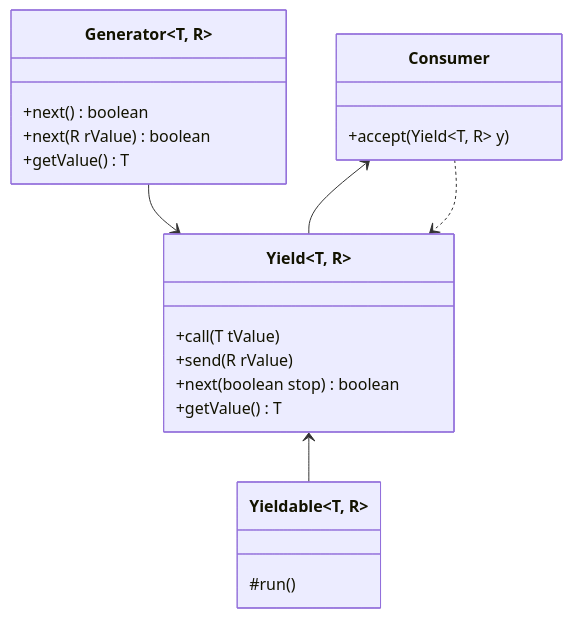
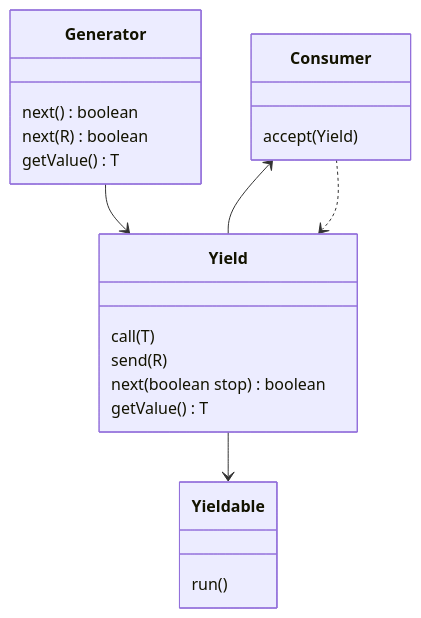
The first of 8 diagrams in README.md (uia4j/uia-sim), drawn with Mermaid before and after one commit. The commit also changed other lines of this file, not shown here.

````diff
--- a/README.md
+++ b/README.md
@@ -112,17 +112,17 @@
 ```mermaid
 classDiagram
-    Generator~T, R~ --> Yield~T, R~
-    Consumer <-- Yield~T, R~
-    Consumer ..> Yield~T, R~
-    Yield~T, R~ <-- Yieldable~T, R~
+    Generator --> Yield
+    Consumer <-- Yield
+    Consumer ..> Yield
+    Yield --> Yieldable
 
-    Generator: +next() boolean
-    Generator: +next(R rValue) boolean
-    Generator: +getValue() T
-    Yield: +call(T tValue)
-    Yield: +send(R rValue)
-    Yield: +next(boolean stop) boolean
-    Yield: +getValue() T
-    Consumer: +accept(Yield~T, R~ y)
-    Yieldable: #run()
+    Generator: next() boolean
+    Generator: next(R) boolean
+    Generator: getValue() T
+    Yield: call(T)
+    Yield: send(R)
+    Yield: next(boolean stop) boolean
+    Yield: getValue() T
+    Consumer: accept(Yield)
+    Yieldable: run()
 ```
````
